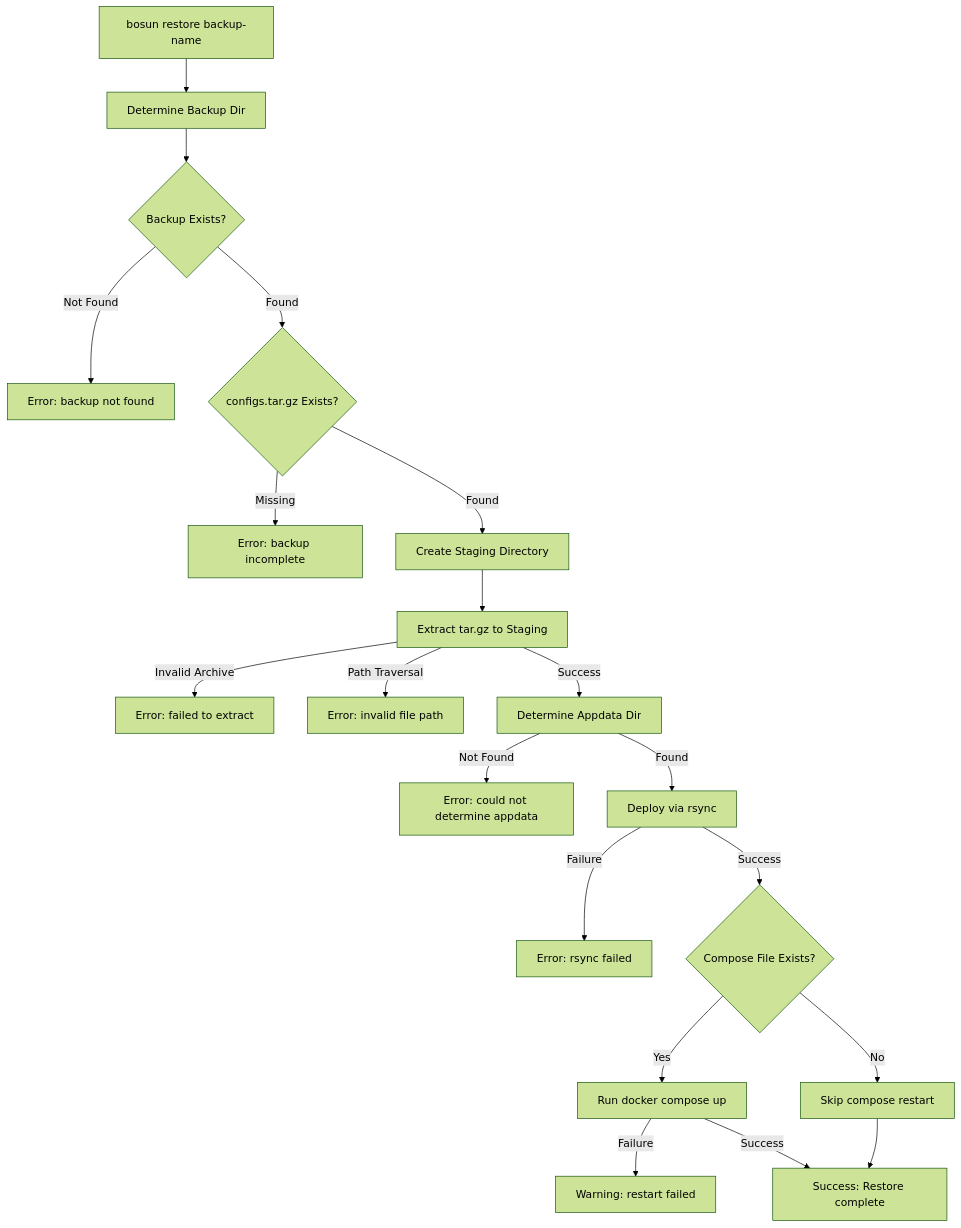
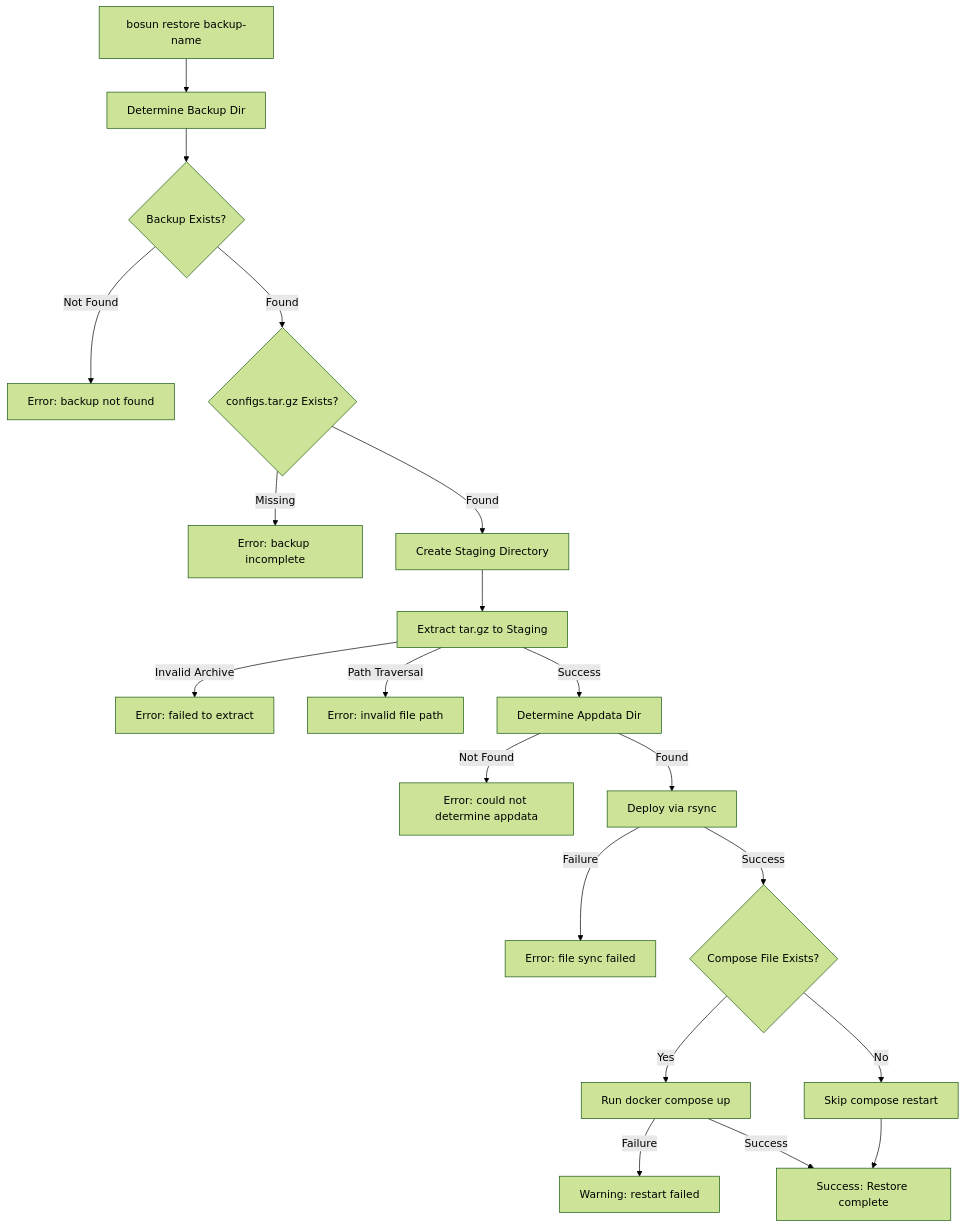
The fifth of 7 diagrams in docs/workflows.md (cameronsjo/bosun), drawn with Mermaid (forest theme) before and after one commit. The commit also changed other lines of this file and 8 other files, not shown here.

````diff
--- a/docs/workflows.md
+++ b/docs/workflows.md
@@ -349,29 +349,29 @@
 ```mermaid
 flowchart TD
     A[bosun restore backup-name] --> B[Determine Backup Dir]
     B --> C{Backup Exists?}
 
     C -->|Not Found| C_ERR[Error: backup not found]
     C -->|Found| D{configs.tar.gz Exists?}
 
     D -->|Missing| D_ERR[Error: backup incomplete]
     D -->|Found| E[Create Staging Directory]
 
     E --> F[Extract tar.gz to Staging]
     F -->|Invalid Archive| F_ERR[Error: failed to extract]
     F -->|Path Traversal| F_ERR2[Error: invalid file path]
     F -->|Success| G[Determine Appdata Dir]
 
     G -->|Not Found| G_ERR[Error: could not determine appdata]
     G -->|Found| H[Deploy via rsync]
 
-    H -->|Failure| H_ERR[Error: rsync failed]
+    H -->|Failure| H_ERR[Error: file sync failed]
     H -->|Success| I{Compose File Exists?}
 
     I -->|Yes| J[Run docker compose up]
     I -->|No| K[Skip compose restart]
 
     J -->|Failure| J_WARN[Warning: restart failed]
     J -->|Success| L[Success: Restore complete]
     K --> L
 ```
````
